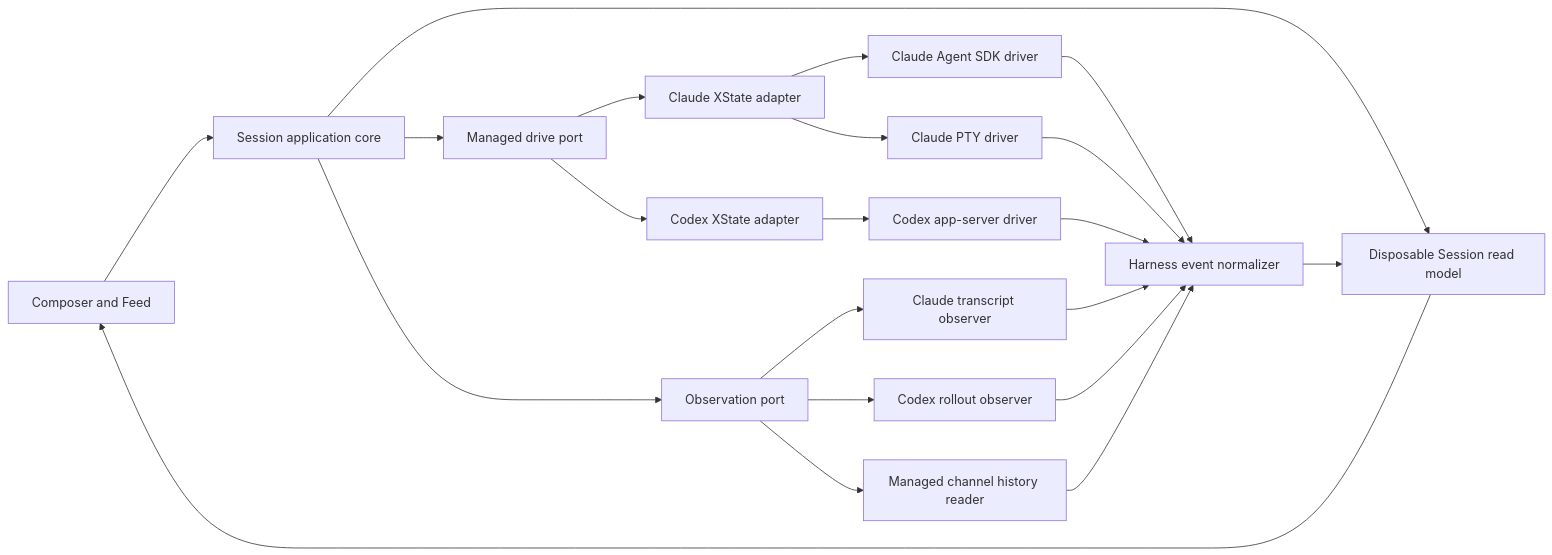
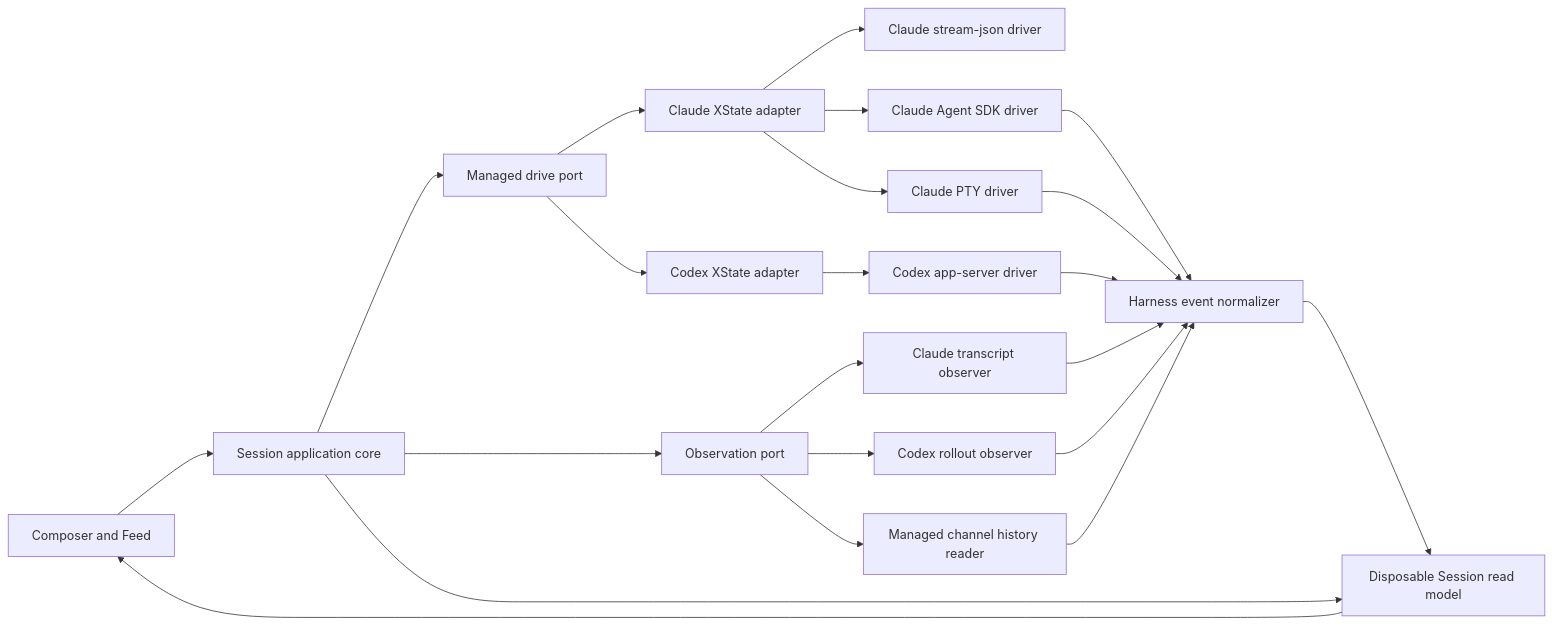
Before and after one commit to milad-alizadeh/argo: the second of 2 diagrams in docs/research/2026-09-21-session-connection-architecture-direction.md, drawn with Mermaid. The commit also changed other lines of this file, not shown here.

Commit message:
docs: clarify Claude authentication paths

````diff
--- a/docs/research/2026-09-21-session-connection-architecture-direction.md
+++ b/docs/research/2026-09-21-session-connection-architecture-direction.md
@@ -267,27 +279,28 @@
 ```mermaid
 flowchart LR
     UI[Composer and Feed] --> CORE[Session application core]
     CORE --> DRIVE[Managed drive port]
     CORE --> OBSERVE[Observation port]
     CORE --> MODEL[Disposable Session read model]
 
     DRIVE --> CMACHINE[Claude XState adapter]
     DRIVE --> XMACHINE[Codex XState adapter]
 
+    CMACHINE --> CCLI[Claude stream-json driver]
     CMACHINE --> CSDK[Claude Agent SDK driver]
     CMACHINE --> CPTY[Claude PTY driver]
     XMACHINE --> CODEX[Codex app-server driver]
 
     OBSERVE --> CTRANSCRIPT[Claude transcript observer]
     OBSERVE --> CROLLOUT[Codex rollout observer]
     OBSERVE --> CHISTORY[Managed channel history reader]
 
     CSDK --> NORMALIZE[Harness event normalizer]
     CPTY --> NORMALIZE
     CODEX --> NORMALIZE
     CTRANSCRIPT --> NORMALIZE
     CROLLOUT --> NORMALIZE
     CHISTORY --> NORMALIZE
     NORMALIZE --> MODEL
     MODEL --> UI
 ```
````
